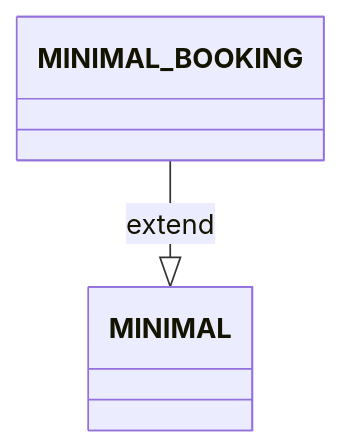
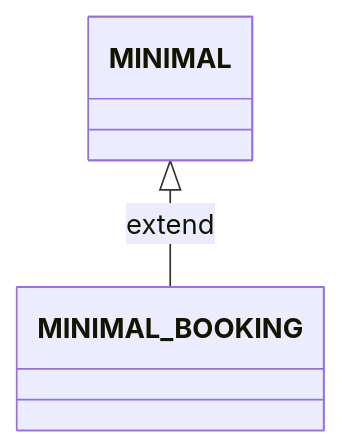
Before and after one commit to fulv/mermaid-demo: the diagram in minimal_booking.md, drawn with Mermaid.

````diff
--- a/minimal_booking.md
+++ b/minimal_booking.md
@@ -1,6 +1,8 @@
 ```mermaid
 classDiagram
-direction BT
+  direction BT
 
-MINIMAL <|-- MINIMAL_BOOKING : extend
+  class MINIMAL_BOOKING
+
+  MINIMAL_BOOKING --|> MINIMAL : extend
 ```
````
